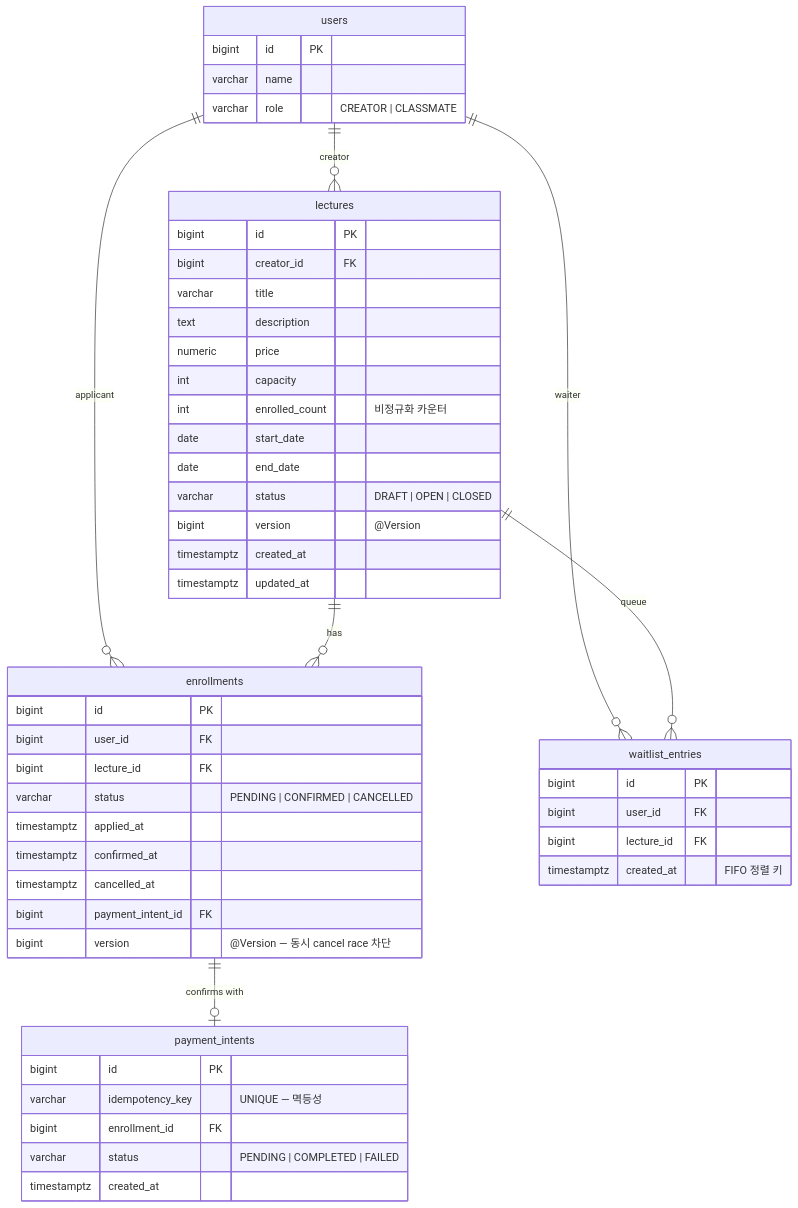
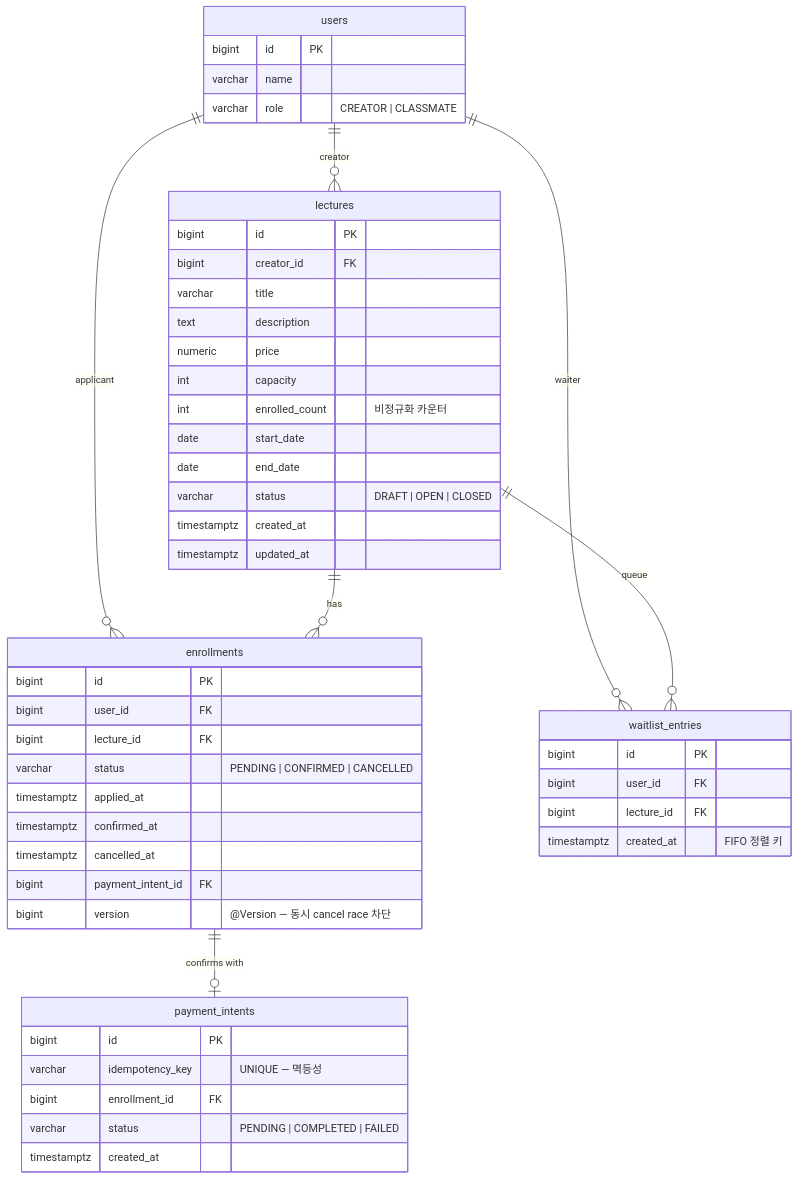
The diagram in docs/ERD.md (dolmaroyujinpark/be-enrollment-assignment), drawn with Mermaid before and after one commit. The commit also changed other lines of this file and 5 other files, not shown here.

````diff
--- a/docs/ERD.md
+++ b/docs/ERD.md
@@ -7,54 +7,53 @@
 ```mermaid
 erDiagram
     users ||--o{ lectures : "creator"
     users ||--o{ enrollments : "applicant"
     users ||--o{ waitlist_entries : "waiter"
     lectures ||--o{ enrollments : "has"
     lectures ||--o{ waitlist_entries : "queue"
     enrollments ||--o| payment_intents : "confirms with"
 
     users {
         bigint id PK
         varchar name
         varchar role "CREATOR | CLASSMATE"
     }
     lectures {
         bigint id PK
         bigint creator_id FK
         varchar title
         text description
         numeric price
         int capacity
         int enrolled_count "비정규화 카운터"
         date start_date
         date end_date
         varchar status "DRAFT | OPEN | CLOSED"
-        bigint version "@Version"
         timestamptz created_at
         timestamptz updated_at
     }
     enrollments {
         bigint id PK
         bigint user_id FK
         bigint lecture_id FK
         varchar status "PENDING | CONFIRMED | CANCELLED"
         timestamptz applied_at
         timestamptz confirmed_at
         timestamptz cancelled_at
         bigint payment_intent_id FK
         bigint version "@Version — 동시 cancel race 차단"
     }
     payment_intents {
         bigint id PK
         varchar idempotency_key "UNIQUE — 멱등성"
         bigint enrollment_id FK
         varchar status "PENDING | COMPLETED | FAILED"
         timestamptz created_at
     }
     waitlist_entries {
         bigint id PK
         bigint user_id FK
         bigint lecture_id FK
         timestamptz created_at "FIFO 정렬 키"
     }
 ```
````
